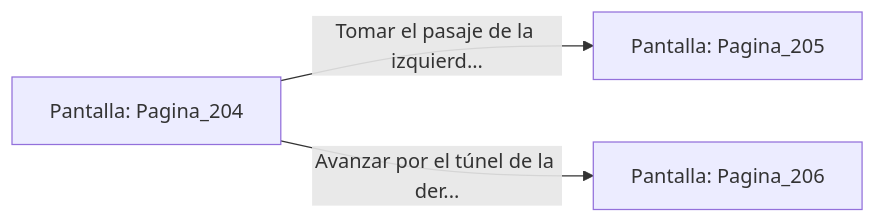
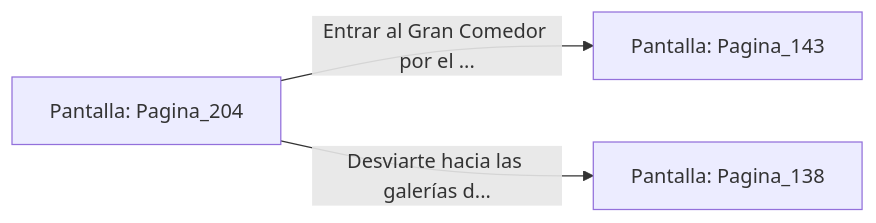
One commit to metsuke/mpl changed the diagram in sample/eligejuego-vault/Pantalla_Pagina_204.md. Above: the diagram before and after it, drawn with Mermaid. The commit also changed other lines of this file and 635 other files, not shown here.

First line of the commit message:
fix: añadir Pagina_1 como pantalla inicial en capitulo_01.mpl

````diff
--- a/sample/eligejuego-vault/Pantalla_Pagina_204.md
+++ b/sample/eligejuego-vault/Pantalla_Pagina_204.md
@@ -20,6 +22,6 @@
 ```mermaid
 graph LR
     P_Pagina_204["Pantalla: Pagina_204"]
-    P_Pagina_204 -->|"Tomar el pasaje de la izquierd..."| P_Pagina_205["Pantalla: Pagina_205"]
-    P_Pagina_204 -->|"Avanzar por el túnel de la der..."| P_Pagina_206["Pantalla: Pagina_206"]
+    P_Pagina_204 -->|"Entrar al Gran Comedor por el ..."| P_Pagina_143["Pantalla: Pagina_143"]
+    P_Pagina_204 -->|"Desviarte hacia las galerías d..."| P_Pagina_138["Pantalla: Pagina_138"]
 ```
````
